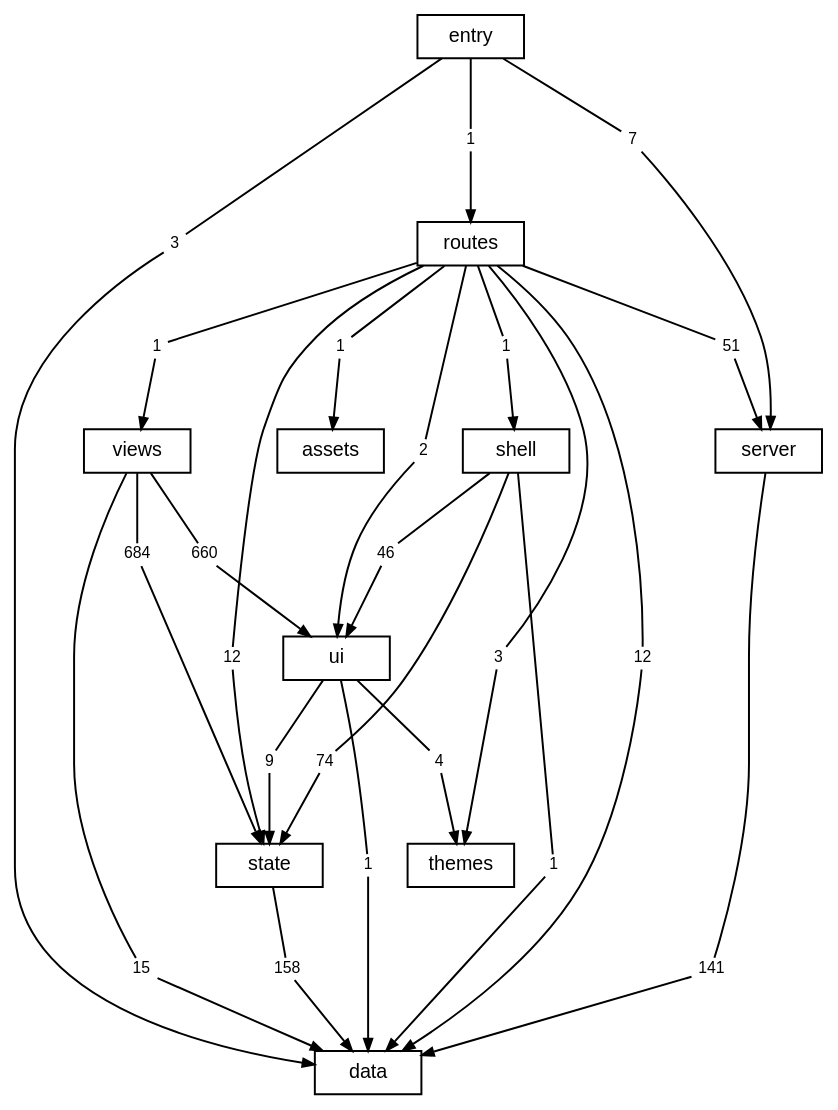
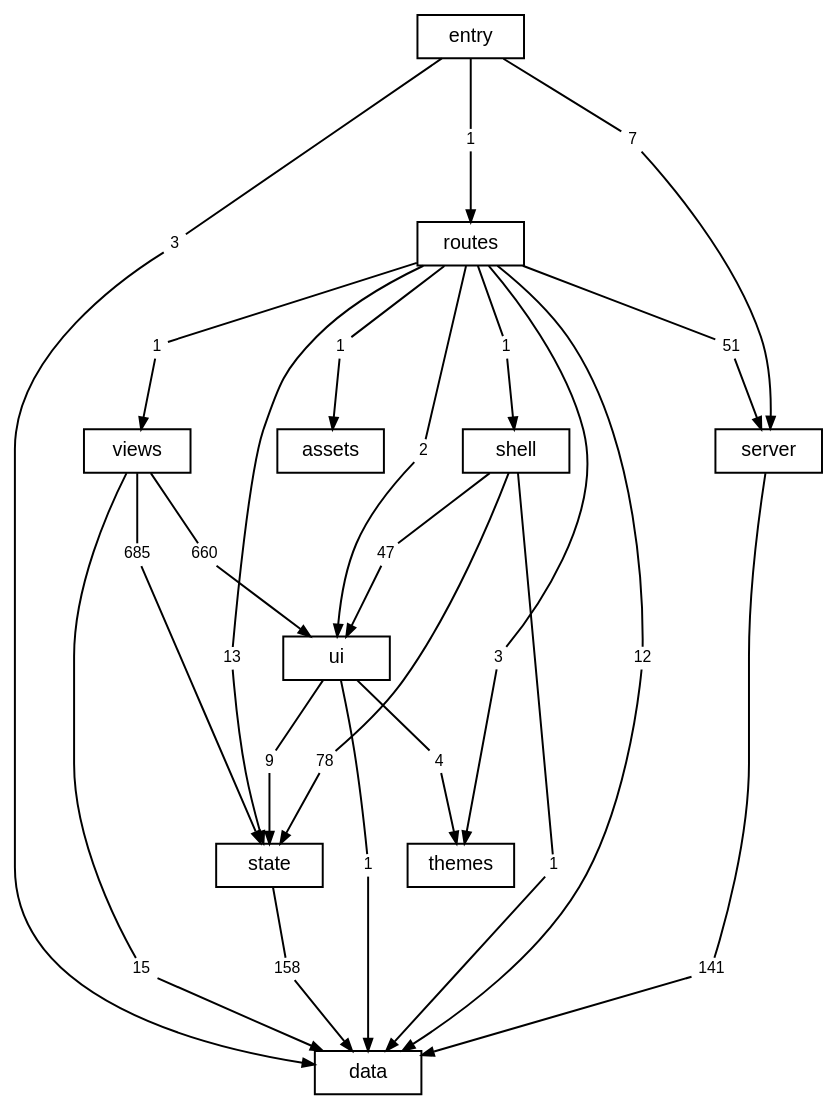
Before and after one commit to TheAxeC/oculus: the diagram in docs/diagrams/layers.dot, drawn with Graphviz. The commit also changed 78 other files, not shown here.

```diff
--- a/docs/diagrams/layers.dot
+++ b/docs/diagrams/layers.dot
@@ -1,81 +1,81 @@
 digraph layers {
     graph [bgcolor="transparent", rankdir=TB, newrank=true, fontname="Helvetica,Arial,sans-serif", fontsize=12, nodesep=0.2, ranksep=0.5];
     node [shape=box, color="black", fontcolor="black", fontname="Helvetica,Arial,sans-serif", fontsize=10, height=0.3, margin="0.12,0.04"];
     edge [color="black", fontcolor="black", fontname="Helvetica,Arial,sans-serif", fontsize=8, arrowsize=0.6];
     "data";
     "server";
     "state";
     "ui";
     "shell";
     "views";
     "themes";
     "routes";
     "src" [label="entry"];
     "files: assets" [label="assets"];
     "routes to data" [label="12", shape=box, color="transparent", fontsize=8, width=0, height=0, margin="0.04,0.02"];
     "routes" -> "routes to data" [arrowhead=none];
     "routes to data" -> "data" [];
     "routes to files: assets" [label="1", shape=box, color="transparent", fontsize=8, width=0, height=0, margin="0.04,0.02"];
     "routes" -> "routes to files: assets" [arrowhead=none];
     "routes to files: assets" -> "files: assets" [];
     "routes to server" [label="51", shape=box, color="transparent", fontsize=8, width=0, height=0, margin="0.04,0.02"];
     "routes" -> "routes to server" [arrowhead=none];
     "routes to server" -> "server" [];
     "routes to shell" [label="1", shape=box, color="transparent", fontsize=8, width=0, height=0, margin="0.04,0.02"];
     "routes" -> "routes to shell" [arrowhead=none];
     "routes to shell" -> "shell" [];
-    "routes to state" [label="12", shape=box, color="transparent", fontsize=8, width=0, height=0, margin="0.04,0.02"];
+    "routes to state" [label="13", shape=box, color="transparent", fontsize=8, width=0, height=0, margin="0.04,0.02"];
     "routes" -> "routes to state" [arrowhead=none];
     "routes to state" -> "state" [];
     "routes to themes" [label="3", shape=box, color="transparent", fontsize=8, width=0, height=0, margin="0.04,0.02"];
     "routes" -> "routes to themes" [arrowhead=none];
     "routes to themes" -> "themes" [];
     "routes to ui" [label="2", shape=box, color="transparent", fontsize=8, width=0, height=0, margin="0.04,0.02"];
     "routes" -> "routes to ui" [arrowhead=none];
     "routes to ui" -> "ui" [];
     "routes to views" [label="1", shape=box, color="transparent", fontsize=8, width=0, height=0, margin="0.04,0.02"];
     "routes" -> "routes to views" [arrowhead=none];
     "routes to views" -> "views" [];
     "server to data" [label="141", shape=box, color="transparent", fontsize=8, width=0, height=0, margin="0.04,0.02"];
     "server" -> "server to data" [arrowhead=none];
     "server to data" -> "data" [];
     "shell to data" [label="1", shape=box, color="transparent", fontsize=8, width=0, height=0, margin="0.04,0.02"];
     "shell" -> "shell to data" [arrowhead=none];
     "shell to data" -> "data" [];
-    "shell to state" [label="74", shape=box, color="transparent", fontsize=8, width=0, height=0, margin="0.04,0.02"];
+    "shell to state" [label="78", shape=box, color="transparent", fontsize=8, width=0, height=0, margin="0.04,0.02"];
     "shell" -> "shell to state" [arrowhead=none];
     "shell to state" -> "state" [];
-    "shell to ui" [label="46", shape=box, color="transparent", fontsize=8, width=0, height=0, margin="0.04,0.02"];
+    "shell to ui" [label="47", shape=box, color="transparent", fontsize=8, width=0, height=0, margin="0.04,0.02"];
     "shell" -> "shell to ui" [arrowhead=none];
     "shell to ui" -> "ui" [];
     "src to data" [label="3", shape=box, color="transparent", fontsize=8, width=0, height=0, margin="0.04,0.02"];
     "src" -> "src to data" [arrowhead=none];
     "src to data" -> "data" [];
     "src to routes" [label="1", shape=box, color="transparent", fontsize=8, width=0, height=0, margin="0.04,0.02"];
     "src" -> "src to routes" [arrowhead=none];
     "src to routes" -> "routes" [];
     "src to server" [label="7", shape=box, color="transparent", fontsize=8, width=0, height=0, margin="0.04,0.02"];
     "src" -> "src to server" [arrowhead=none];
     "src to server" -> "server" [];
     "state to data" [label="158", shape=box, color="transparent", fontsize=8, width=0, height=0, margin="0.04,0.02"];
     "state" -> "state to data" [arrowhead=none];
     "state to data" -> "data" [];
     "ui to data" [label="1", shape=box, color="transparent", fontsize=8, width=0, height=0, margin="0.04,0.02"];
     "ui" -> "ui to data" [arrowhead=none];
     "ui to data" -> "data" [];
     "ui to state" [label="9", shape=box, color="transparent", fontsize=8, width=0, height=0, margin="0.04,0.02"];
     "ui" -> "ui to state" [arrowhead=none];
     "ui to state" -> "state" [];
     "ui to themes" [label="4", shape=box, color="transparent", fontsize=8, width=0, height=0, margin="0.04,0.02"];
     "ui" -> "ui to themes" [arrowhead=none];
     "ui to themes" -> "themes" [];
     "views to data" [label="15", shape=box, color="transparent", fontsize=8, width=0, height=0, margin="0.04,0.02"];
     "views" -> "views to data" [arrowhead=none];
     "views to data" -> "data" [];
-    "views to state" [label="684", shape=box, color="transparent", fontsize=8, width=0, height=0, margin="0.04,0.02"];
+    "views to state" [label="685", shape=box, color="transparent", fontsize=8, width=0, height=0, margin="0.04,0.02"];
     "views" -> "views to state" [arrowhead=none];
     "views to state" -> "state" [];
     "views to ui" [label="660", shape=box, color="transparent", fontsize=8, width=0, height=0, margin="0.04,0.02"];
     "views" -> "views to ui" [arrowhead=none];
     "views to ui" -> "ui" [];
 }
```
